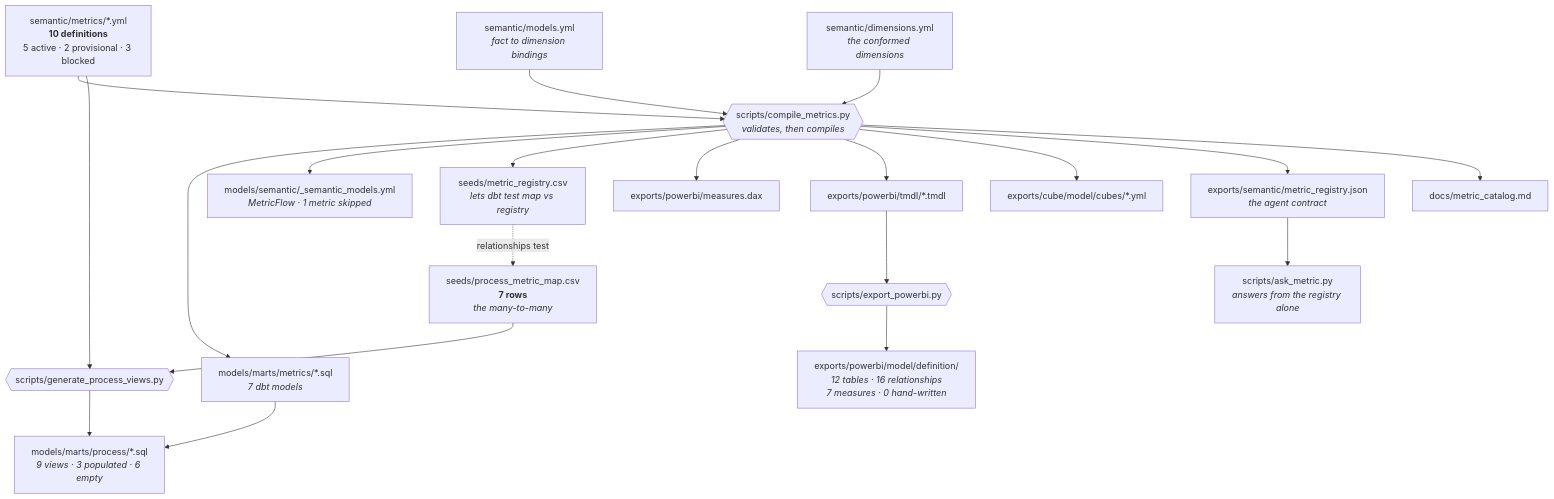
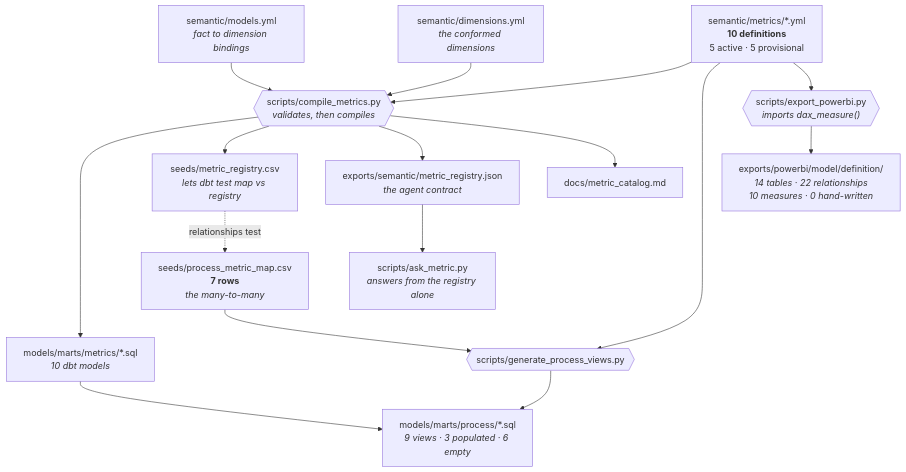
One commit to patrickmhaney/bgr_control_tower changed diagram 13 of 13 in docs/data_model.md. Above: the diagram before and after it, drawn with Mermaid. The commit also changed other lines of this file and 33 other files, not shown here.

````diff
--- a/docs/data_model.md
+++ b/docs/data_model.md
@@ -983,35 +1129,31 @@
 ```mermaid
 flowchart TB
-    yml["semantic/metrics/*.yml<br/><b>10 definitions</b><br/>5 active · 2 provisional · 3 blocked"]
+    yml["semantic/metrics/*.yml<br/><b>10 definitions</b><br/>5 active · 5 provisional"]
     mdl["semantic/models.yml<br/><i>fact to dimension bindings</i>"]
     dim["semantic/dimensions.yml<br/><i>the conformed dimensions</i>"]
     map["seeds/process_metric_map.csv<br/><b>7 rows</b><br/><i>the many-to-many</i>"]
 
     comp{{"scripts/compile_metrics.py<br/><i>validates, then compiles</i>"}}
     gen{{"scripts/generate_process_views.py"}}
-    pbi{{"scripts/export_powerbi.py"}}
+    pbi{{"scripts/export_powerbi.py<br/><i>imports dax_measure()</i>"}}
 
     yml --> comp
     mdl --> comp
     dim --> comp
 
-    comp --> t1["models/marts/metrics/*.sql<br/><i>7 dbt models</i>"]
-    comp --> t2["models/semantic/_semantic_models.yml<br/><i>MetricFlow · 1 metric skipped</i>"]
+    comp --> t1["models/marts/metrics/*.sql<br/><i>10 dbt models</i>"]
     comp --> t3["seeds/metric_registry.csv<br/><i>lets dbt test map vs registry</i>"]
-    comp --> t4["exports/powerbi/measures.dax"]
-    comp --> t5["exports/powerbi/tmdl/*.tmdl"]
-    comp --> t6["exports/cube/model/cubes/*.yml"]
     comp --> t7["exports/semantic/metric_registry.json<br/><i>the agent contract</i>"]
     comp --> t8["docs/metric_catalog.md"]
 
     map --> gen
     yml --> gen
     gen --> views["models/marts/process/*.sql<br/><i>9 views · 3 populated · 6 empty</i>"]
     t1 --> views
 
-    t5 --> pbi
-    pbi --> model["exports/powerbi/model/definition/<br/><i>12 tables · 16 relationships</i><br/><i>7 measures · 0 hand-written</i>"]
+    yml --> pbi
+    pbi --> model["exports/powerbi/model/definition/<br/><i>14 tables · 22 relationships</i><br/><i>10 measures · 0 hand-written</i>"]
 
     t3 -.->|"relationships test"| map
     t7 --> agent["scripts/ask_metric.py<br/><i>answers from the registry alone</i>"]
 ```
````
